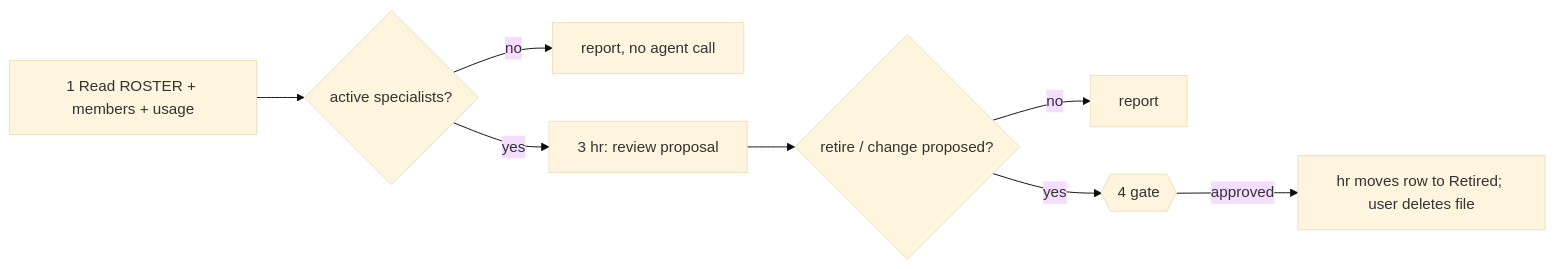
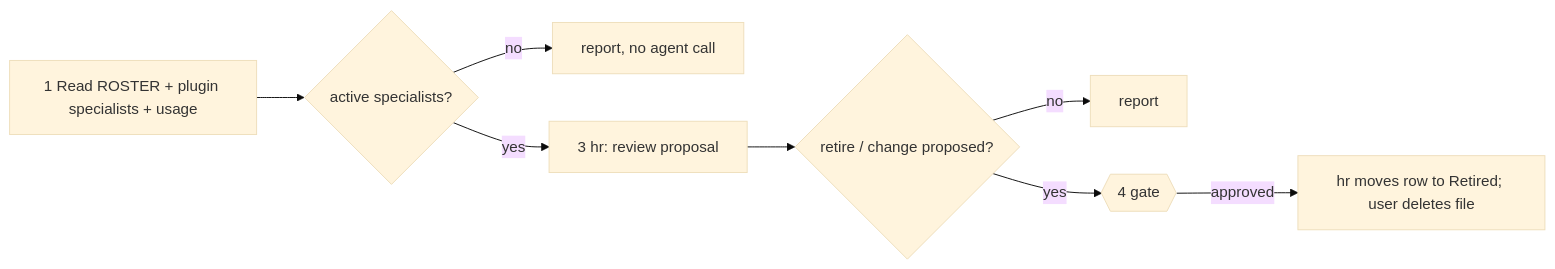
Before and after one commit to Tuan-Quyen/technical-teams: the diagram in commands/roster.md, drawn with Mermaid (base theme). The commit also changed other lines of this file and 46 other files, not shown here.

````diff
--- a/commands/roster.md
+++ b/commands/roster.md
@@ -39,10 +39,10 @@
 ```mermaid
 flowchart LR
-  A[1 Read ROSTER + members + usage] --> B{active specialists?}
+  A[1 Read ROSTER + plugin specialists + usage] --> B{active specialists?}
   B -- no --> R[report, no agent call]
   B -- yes --> C[3 hr: review proposal]
   C --> D{retire / change proposed?}
   D -- no --> R2[report]
   D -- yes --> G{{4 gate}}
   G -- approved --> H[hr moves row to Retired; user deletes file]
 ```
````
